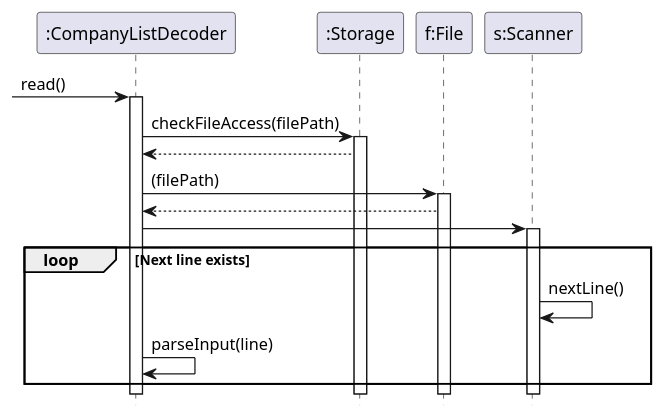
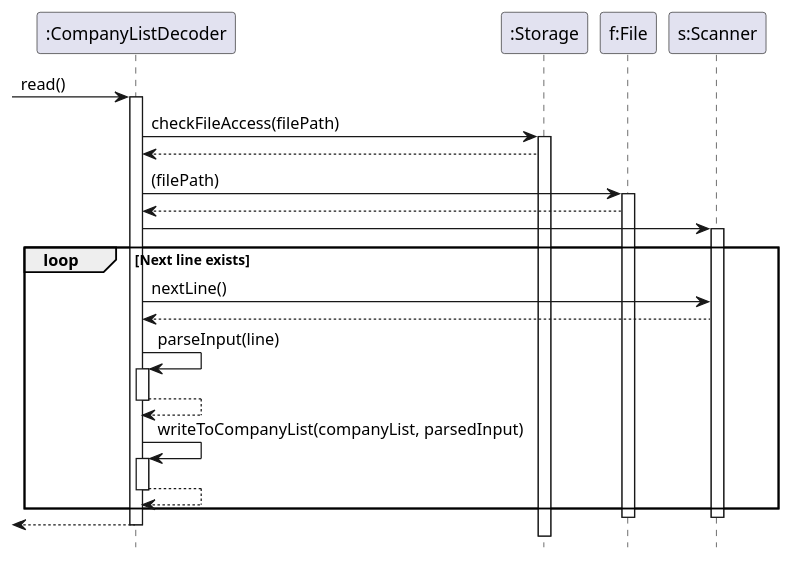
The diagram in docs/UML/Decoder.puml (nus-cs2113-AY2223S2/tp), drawn with PlantUML before and after one commit.

Commit message:
Add activation bars for self-calling methods

```diff
--- a/docs/UML/Decoder.puml
+++ b/docs/UML/Decoder.puml
@@ -1,21 +1,35 @@
 @startuml
 'https://plantuml.com/sequence-diagram
 
 hide footbox
 
  -> ":CompanyListDecoder": read()
      activate ":CompanyListDecoder"
         ":CompanyListDecoder" -> ":Storage" :checkFileAccess(filePath)
         activate ":Storage"
         ":Storage" --> ":CompanyListDecoder"
         ":CompanyListDecoder" -> "f:File" :(filePath)
         activate "f:File"
             "f:File" --> ":CompanyListDecoder"
         ":CompanyListDecoder" -> "s:Scanner"
         activate "s:Scanner"
             loop Next line exists
-                "s:Scanner" -> "s:Scanner" : nextLine()
+                ":CompanyListDecoder" -> "s:Scanner" : nextLine()
+                "s:Scanner" --> ":CompanyListDecoder"
+
                 ":CompanyListDecoder" -> ":CompanyListDecoder" :parseInput(line)
+                activate ":CompanyListDecoder"
+                ":CompanyListDecoder" --> ":CompanyListDecoder"
+                deactivate ":CompanyListDecoder"
+
+                ":CompanyListDecoder" -> ":CompanyListDecoder" : writeToCompanyList(companyList, parsedInput)
+                activate ":CompanyListDecoder"
+                ":CompanyListDecoder" --> ":CompanyListDecoder"
+                deactivate ":CompanyListDecoder"
             end
+        deactivate "f:File"
+        deactivate "s:Scanner"
+        <-- ":CompanyListDecoder"
+        deactivate ":CompanyListDecoder"
 
 @enduml
```
